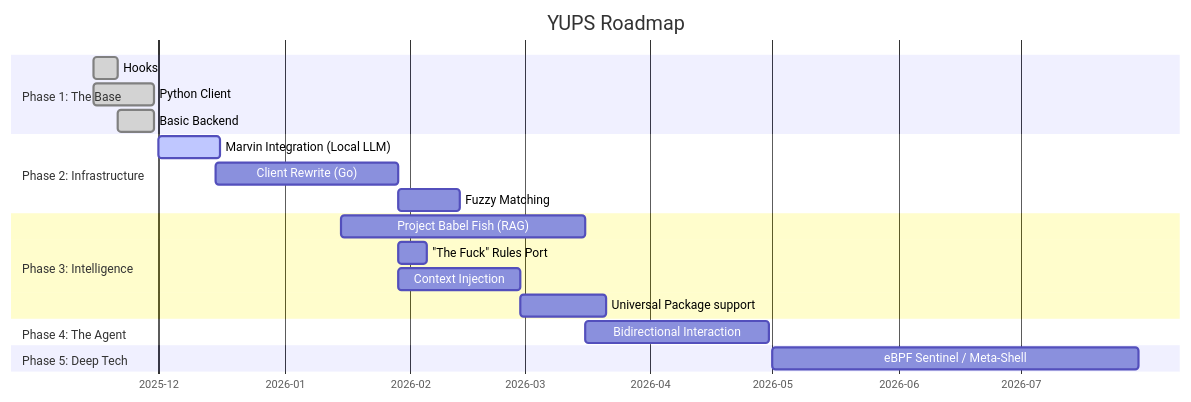
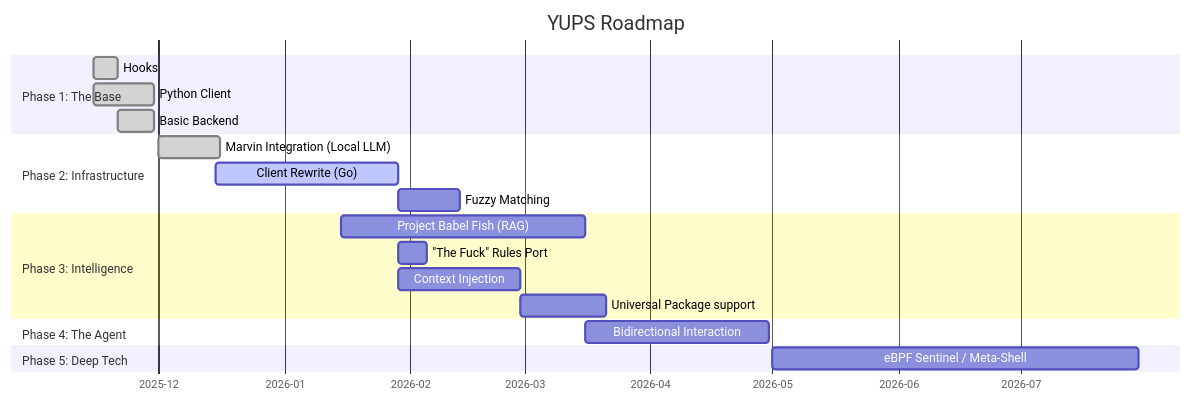
The diagram in README.md (JaviLopezG/yups), drawn with Mermaid before and after one commit. The commit also changed other lines of this file, not shown here.

````diff
--- a/README.md
+++ b/README.md
@@ -17,23 +17,23 @@
 ```mermaid
 gantt  
     title YUPS Roadmap  
     dateFormat  YYYY-MM-DD  
     axisFormat  %Y-%m  
     section Phase 1: The Base  
     Hooks                   :done,    des1, 2025-11-15, 2025-11-21
     Python Client           :done,    des1, 2025-11-15, 2025-11-30
     Basic Backend           :done,    des1, 2025-11-21, 2025-11-30
     section Phase 2: Infrastructure  
-    Marvin Integration (Local LLM) :active,  des2, 2025-12-01, 15d  
-    Client Rewrite (Go)            :         des3, 2025-12-15, 45d  
+    Marvin Integration (Local LLM) :done,  des2, 2025-12-01, 15d  
+    Client Rewrite (Go)            :active,  des3, 2025-12-15, 45d  
     Fuzzy Matching                 :         des4, after des3, 15d  
     section Phase 3: Intelligence  
     Project Babel Fish (RAG)       :         des5, 2026-01-15, 60d  
     "The Fuck" Rules Port          :         des6, after des3, 7d
     Context Injection              :         des7, after des3, 30d
     Universal Package support      :         des8, after des7, 21d  
     section Phase 4: The Agent  
     Bidirectional Interaction      :         des9, after des5, 45d  
     section Phase 5: Deep Tech  
     eBPF Sentinel / Meta-Shell     :         des10, 2026-05-01, 90d
 ```
````
